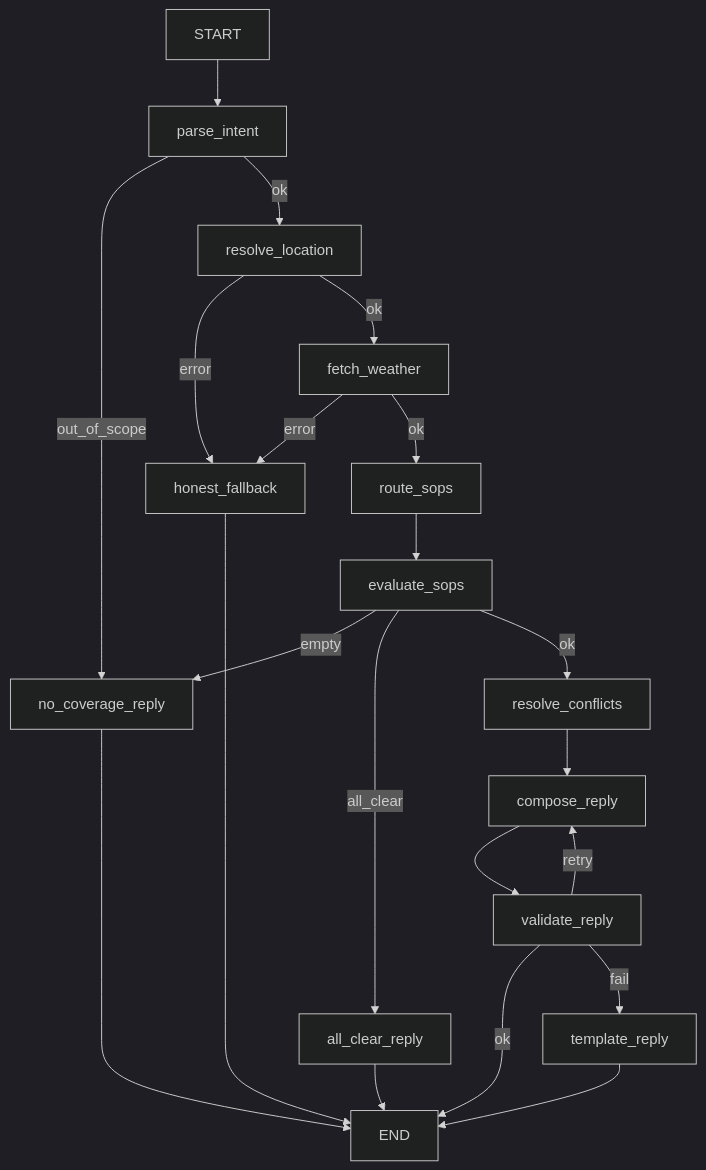
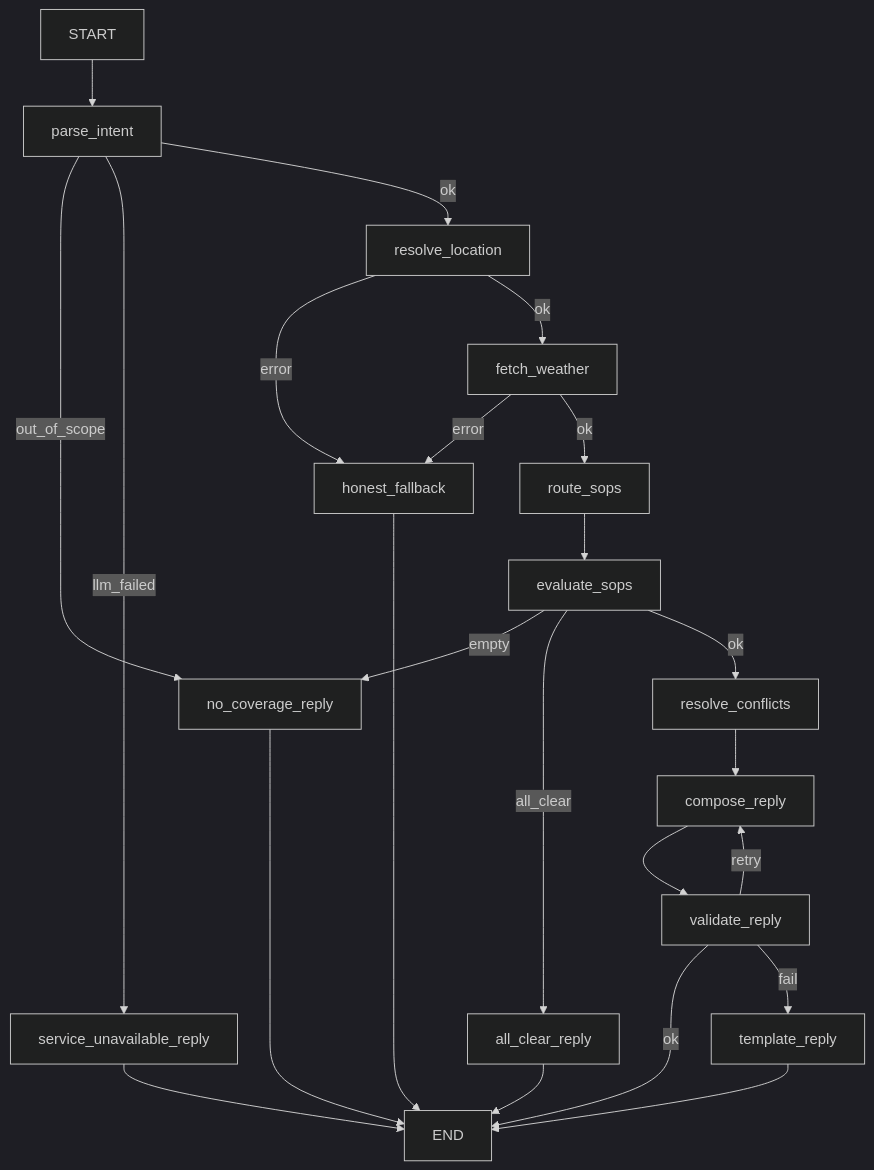
The diagram in README.md (wadhwaumeshzira/Brainwave-weather-advisory-bot), drawn with Mermaid (dark theme) before and after one commit. The commit also changed other lines of this file and 2 other files, not shown here.

````diff
--- a/README.md
+++ b/README.md
@@ -34,30 +65,32 @@
 ```mermaid
 flowchart TD
     START --> parse_intent
     parse_intent -- out_of_scope --> no_coverage_reply
+    parse_intent -- llm_failed --> service_unavailable_reply
     parse_intent -- ok --> resolve_location
     
     resolve_location -- error --> honest_fallback
     resolve_location -- ok --> fetch_weather
     
     fetch_weather -- error --> honest_fallback
     fetch_weather -- ok --> route_sops
     
     route_sops --> evaluate_sops
     
     evaluate_sops -- empty --> no_coverage_reply
     evaluate_sops -- all_clear --> all_clear_reply
     evaluate_sops -- ok --> resolve_conflicts
     
     resolve_conflicts --> compose_reply
     compose_reply --> validate_reply
     
     validate_reply -- ok --> END
     validate_reply -- retry --> compose_reply
     validate_reply -- fail --> template_reply
     
     no_coverage_reply --> END
     honest_fallback --> END
     all_clear_reply --> END
     template_reply --> END
+    service_unavailable_reply --> END
 ```
````
